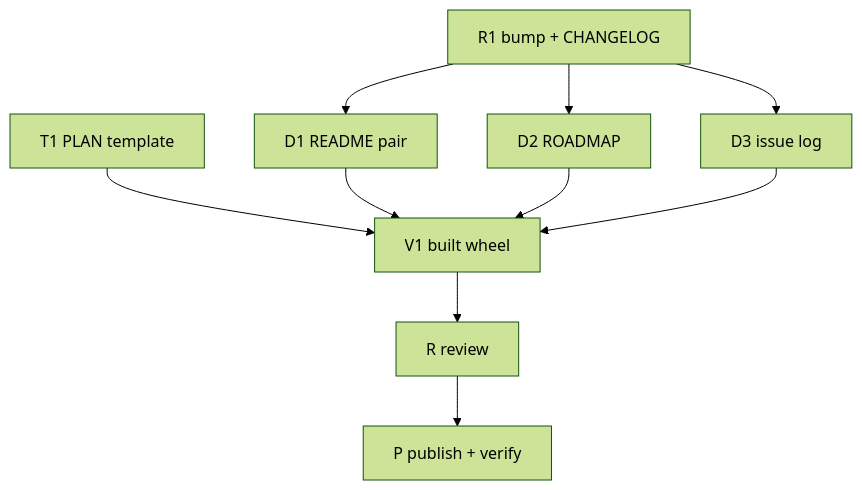
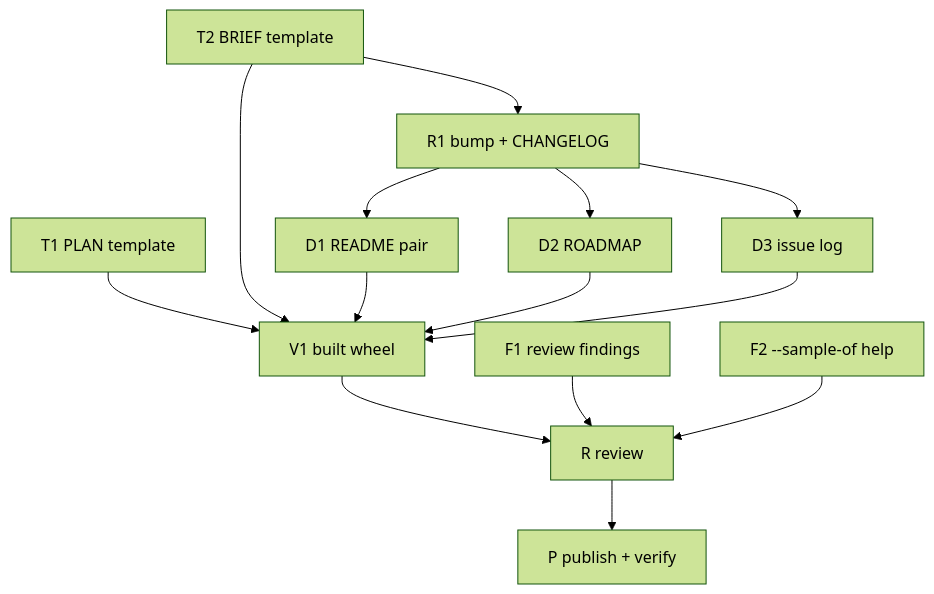
One commit to zoologov/beadloom changed the diagram in .claude/development/docs/features/BDL-075/PLAN.md. Above: the diagram before and after it, drawn with Mermaid (forest theme). The commit also changed other lines of this file and 6 other files, not shown here.

First line of the commit message:
[BDL-075] docs: the review's second-run minors - PLAN matches the tracker, the release sentence, the sample sentence

````diff
--- a/.claude/development/docs/features/BDL-075/PLAN.md
+++ b/.claude/development/docs/features/BDL-075/PLAN.md
@@ -17,12 +17,16 @@
 ```mermaid
 graph TD
     T1[T1 PLAN template] --> V1[V1 built wheel]
-    R1[R1 bump + CHANGELOG] --> D1[D1 README pair]
+    T2[T2 BRIEF template] --> R1[R1 bump + CHANGELOG]
+    T2 --> V1
+    R1 --> D1[D1 README pair]
     R1 --> D2[D2 ROADMAP]
     R1 --> D3[D3 issue log]
-    D1 --> V1[V1 built wheel]
+    D1 --> V1
     D2 --> V1
     D3 --> V1
     V1 --> RV[R review]
+    F1[F1 review findings] --> RV
+    F2[F2 --sample-of help] --> RV
     RV --> P[P publish + verify]
 ```
````
